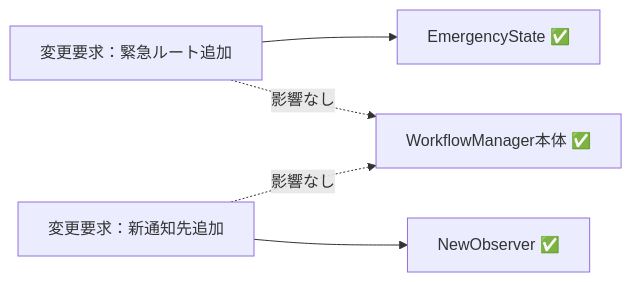
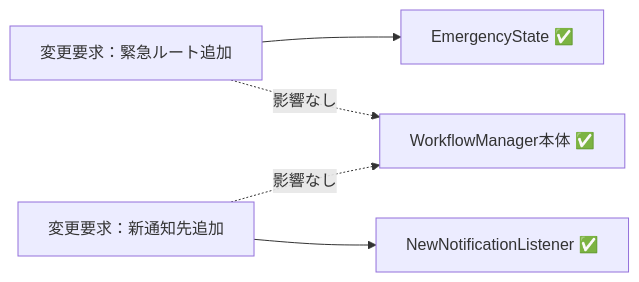
Diagram 12 of 14 in kindle/design-patterns/output/chapter12.md (kumachan1101-pixel/DesignPattern), drawn with Mermaid before and after one commit. The commit also changed other lines of this file and 2 other files, not shown here.

````diff
--- a/kindle/design-patterns/output/chapter12.md
+++ b/kindle/design-patterns/output/chapter12.md
@@ -1205,9 +1289,9 @@
 ```mermaid
 graph LR
-    %% 変更が特定のクラス（StrategyやStateの実装）に局所化されている
+    %% 変更が特定のクラス（判定ルールや状態の実装）に局所化されている
     T1["変更要求：緊急ルート追加"] --> F1["EmergencyState ✅"]
     T1 -. "影響なし" .-> A["WorkflowManager本体 ✅"]
-    T2["変更要求：新通知先追加"] --> F2["NewObserver ✅"]
+    T2["変更要求：新通知先追加"] --> F2["NewNotificationListener ✅"]
     T2 -. "影響なし" .-> A
 
 ```
````
